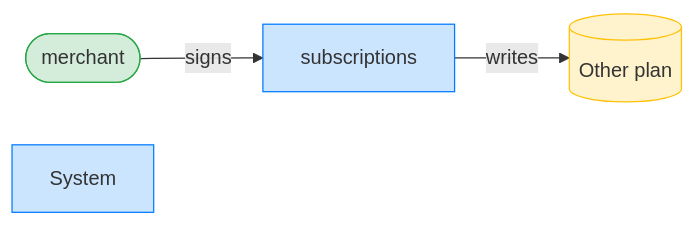
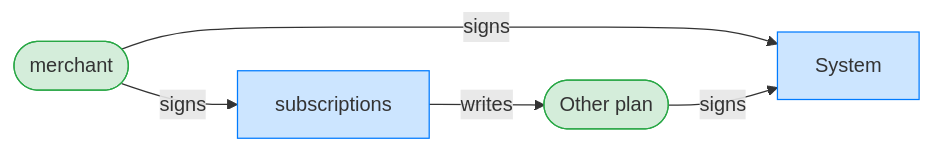
Diagram 15 of 16 in dsl_tests/a-sponsor-cannot-revoke-with-the-wrong-plan-pda.md (cds-rs/subscriptions), drawn with Mermaid before and after one commit. The commit also changed other lines of this file and 224 other files, not shown here.

````diff
--- a/dsl_tests/a-sponsor-cannot-revoke-with-the-wrong-plan-pda.md
+++ b/dsl_tests/a-sponsor-cannot-revoke-with-the-wrong-plan-pda.md
@@ -284,12 +298,14 @@
 ```mermaid
 flowchart LR
     classDef signer fill:#d4edda,stroke:#28a745;
     classDef program fill:#cce5ff,stroke:#007bff;
     classDef writable fill:#fff3cd,stroke:#ffc107;
     subscriptions[subscriptions]:::program
     merchant([merchant]):::signer
-    Other_plan[("Other plan")]:::writable
+    Other_plan(["Other plan"]):::signer
     System[System]:::program
     merchant -->|signs| subscriptions
+    merchant -->|signs| System
+    Other_plan -->|signs| System
     subscriptions -->|writes| Other_plan
 ```
````
